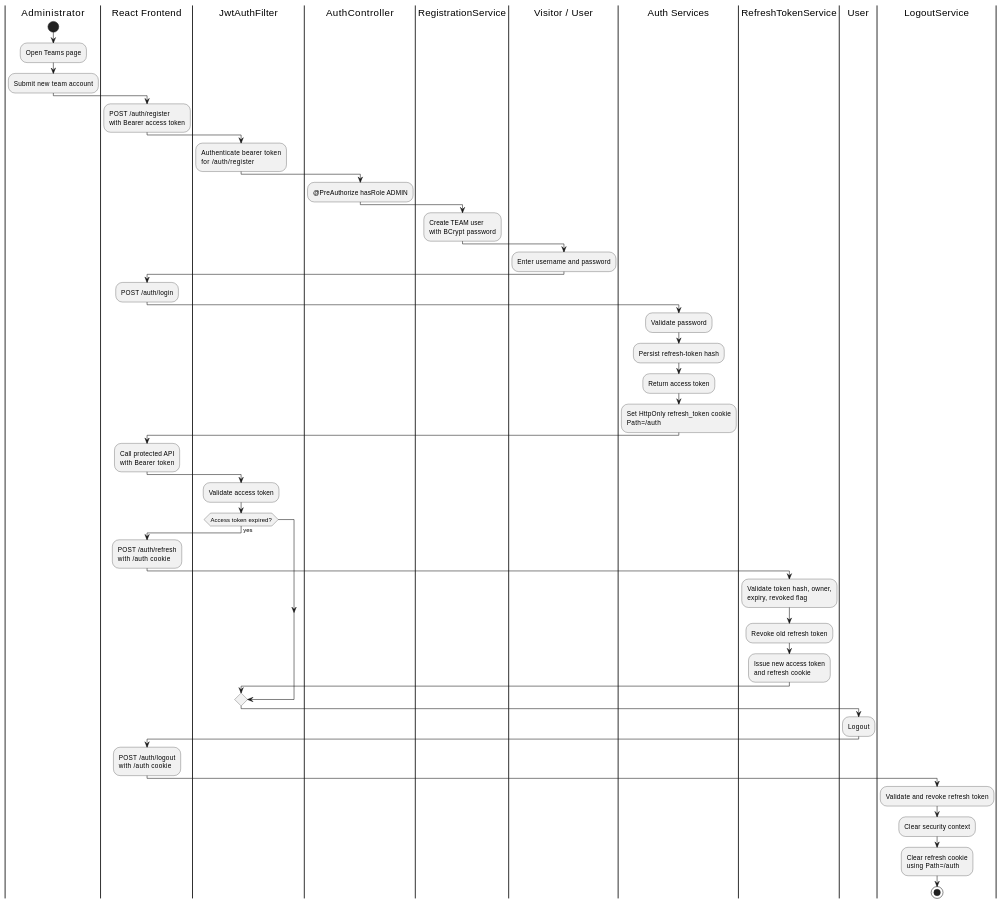
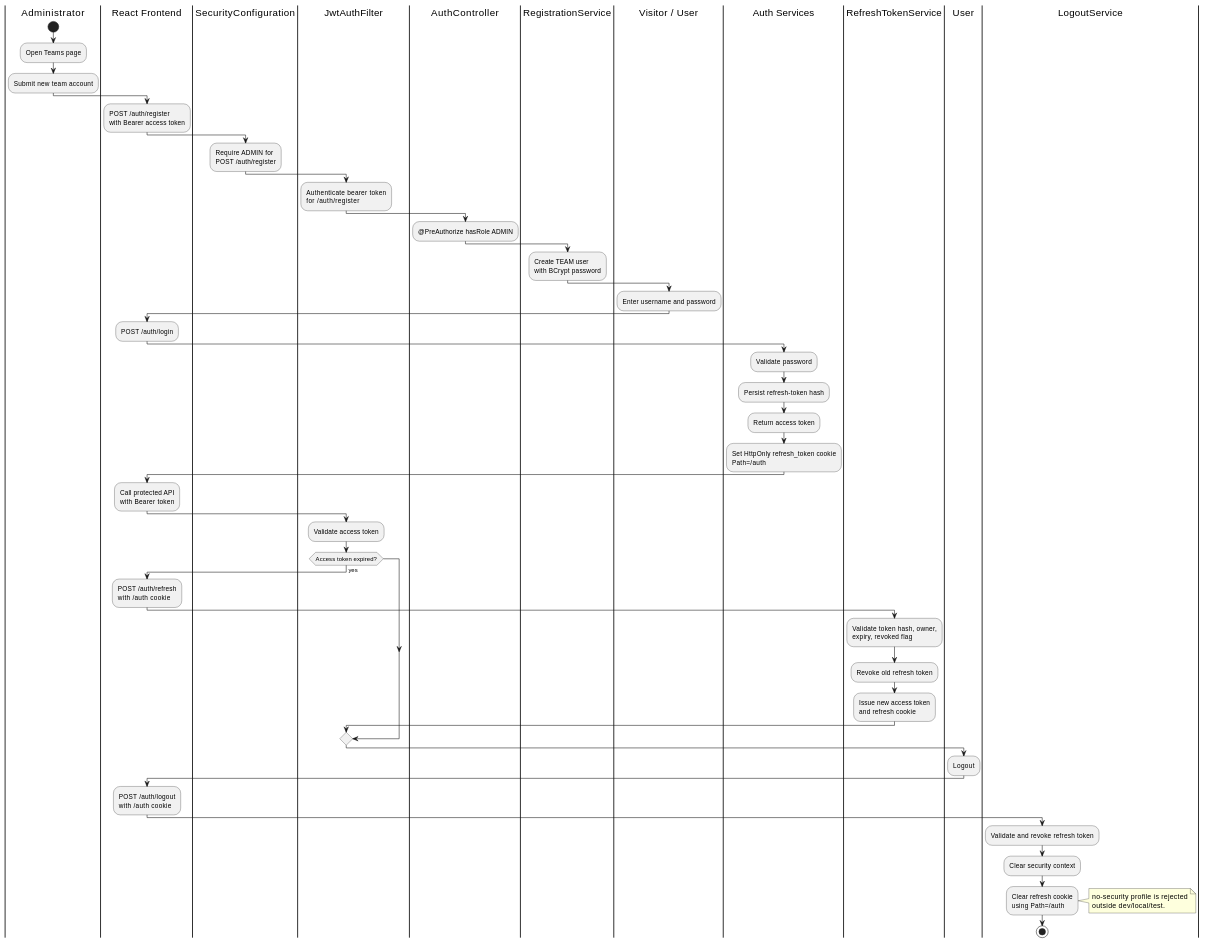
One commit to AuraC-graduate-project/AuraC2 changed the sixth of 17 diagrams in docs/report-rebuild/diagram-prompts.md. Above: the diagram before and after it, drawn with PlantUML. The commit also changed other lines of this file and 10 other files, not shown here.

````diff
--- a/docs/report-rebuild/diagram-prompts.md
+++ b/docs/report-rebuild/diagram-prompts.md
@@ -217,46 +223,52 @@
 ```plantuml
 @startuml
 |Administrator|
 start
 :Open Teams page;
 :Submit new team account;
 |React Frontend|
 :POST /auth/register\nwith Bearer access token;
+|SecurityConfiguration|
+:Require ADMIN for\nPOST /auth/register;
 |JwtAuthFilter|
 :Authenticate bearer token\nfor /auth/register;
 |AuthController|
 :@PreAuthorize hasRole ADMIN;
 |RegistrationService|
 :Create TEAM user\nwith BCrypt password;
 |Visitor / User|
 :Enter username and password;
 |React Frontend|
 :POST /auth/login;
 |Auth Services|
 :Validate password;
 :Persist refresh-token hash;
 :Return access token;
 :Set HttpOnly refresh_token cookie\nPath=/auth;
 |React Frontend|
 :Call protected API\nwith Bearer token;
 |JwtAuthFilter|
 :Validate access token;
 if (Access token expired?) then (yes)
   |React Frontend|
   :POST /auth/refresh\nwith /auth cookie;
   |RefreshTokenService|
   :Validate token hash, owner,\nexpiry, revoked flag;
   :Revoke old refresh token;
   :Issue new access token\nand refresh cookie;
 endif
 |User|
 :Logout;
 |React Frontend|
 :POST /auth/logout\nwith /auth cookie;
 |LogoutService|
 :Validate and revoke refresh token;
 :Clear security context;
 :Clear refresh cookie\nusing Path=/auth;
+note right
+no-security profile is rejected
+outside dev/local/test.
+end note
 stop
 @enduml
 ```
````
